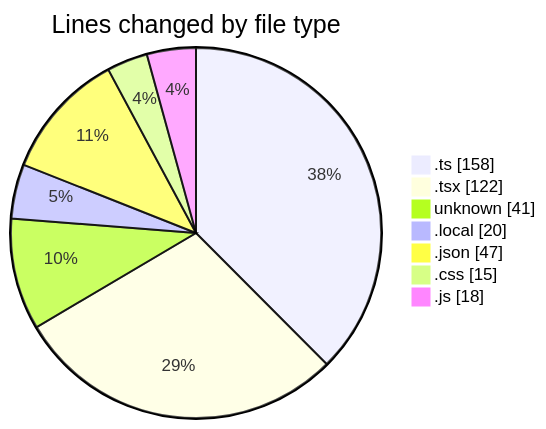
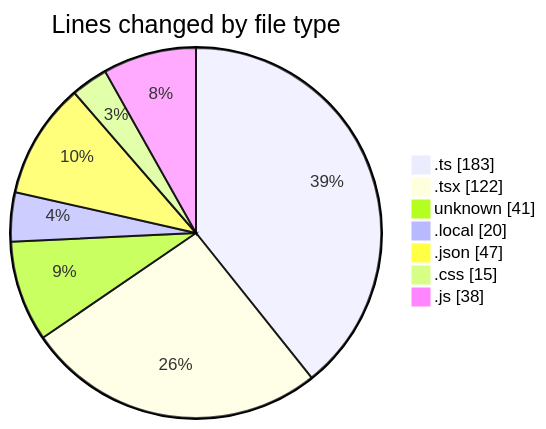
Before and after one commit to momahboobian/code-tracking: the first of 2 diagrams in 2026-02-26/car_database/README.md, drawn with Mermaid. The commit also changed other lines of this file and 1 other file, not shown here.

````diff
--- a/2026-02-26/car_database/README.md
+++ b/2026-02-26/car_database/README.md
@@ -28,11 +30,11 @@
 ```mermaid
 pie showData
 title Lines changed by file type
-".ts" : 158
+".ts" : 183
 ".tsx" : 122
 "unknown" : 41
 ".local" : 20
 ".json" : 47
 ".css" : 15
-".js" : 18
+".js" : 38
 ```
````
